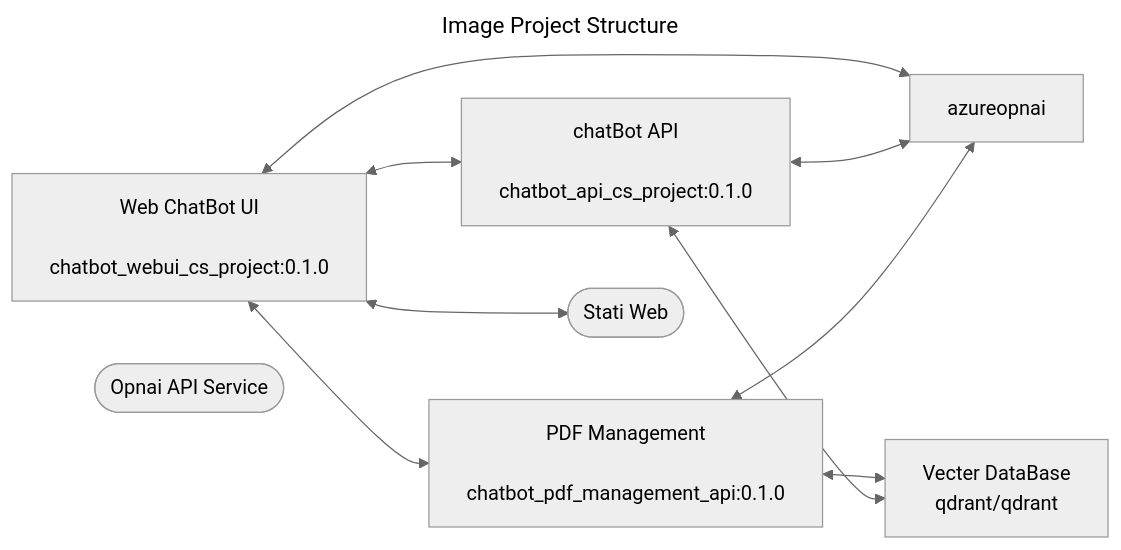
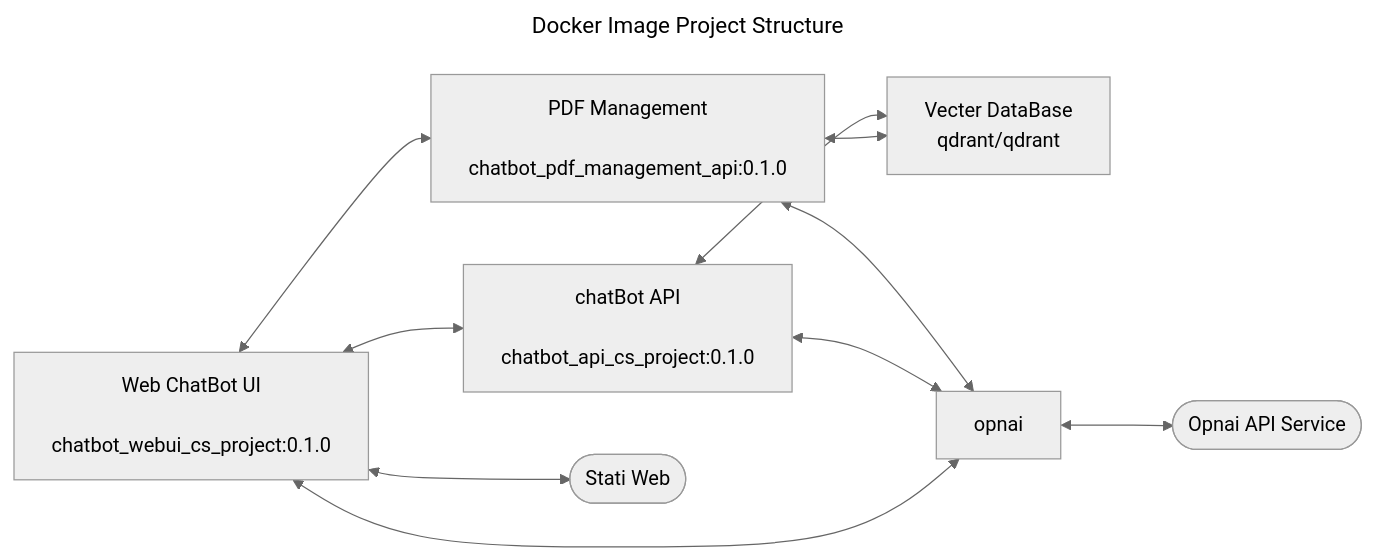
One commit to JeerasakAnanta/cs_project changed the second of 2 diagrams in README.md. Above: the diagram before and after it, drawn with Mermaid (neutral theme). The commit also changed other lines of this file, not shown here.

````diff
--- a/README.md
+++ b/README.md
@@ -322,34 +310,34 @@
 ```mermaid
 ---
-title :  Image  Project Structure  
+title :  Docker Image  Project Structure  
 ---   
   graph LR
 
     A[Web ChatBot UI
        chatbot_webui_cs_project:0.1.0
       ]
 
     B[chatBot API
       chatbot_api_cs_project:0.1.0]
 
     C[PDF Management
     chatbot_pdf_management_api:0.1.0
     ]
 
     F[Vecter DataBase 
       qdrant/qdrant]
 
     G([Stati Web])
     
-    OpenAI([Opnai API  Service]) 
+    OpenAI([Opnai API  Service])
 
     A<-->B 
     A<-->C
     A<-->G
-    A<-->azureopnai
-    B<-->azureopnai
-    C<-->azureopnai
+    A<-->opnai
+    B<-->opnai
+    C<-->opnai
+    opnai <-->OpenAI
     C<-->F
-    B<-->F 
-   
+    B<-->F
 ```
````
